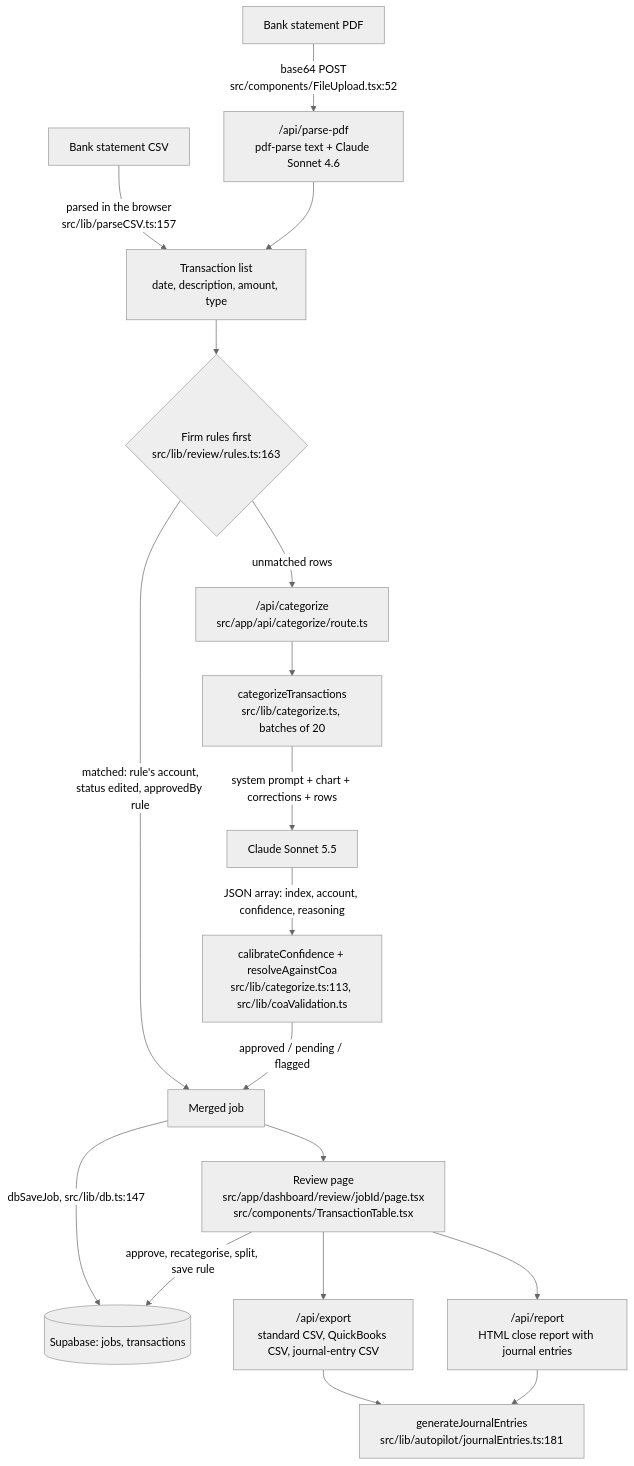
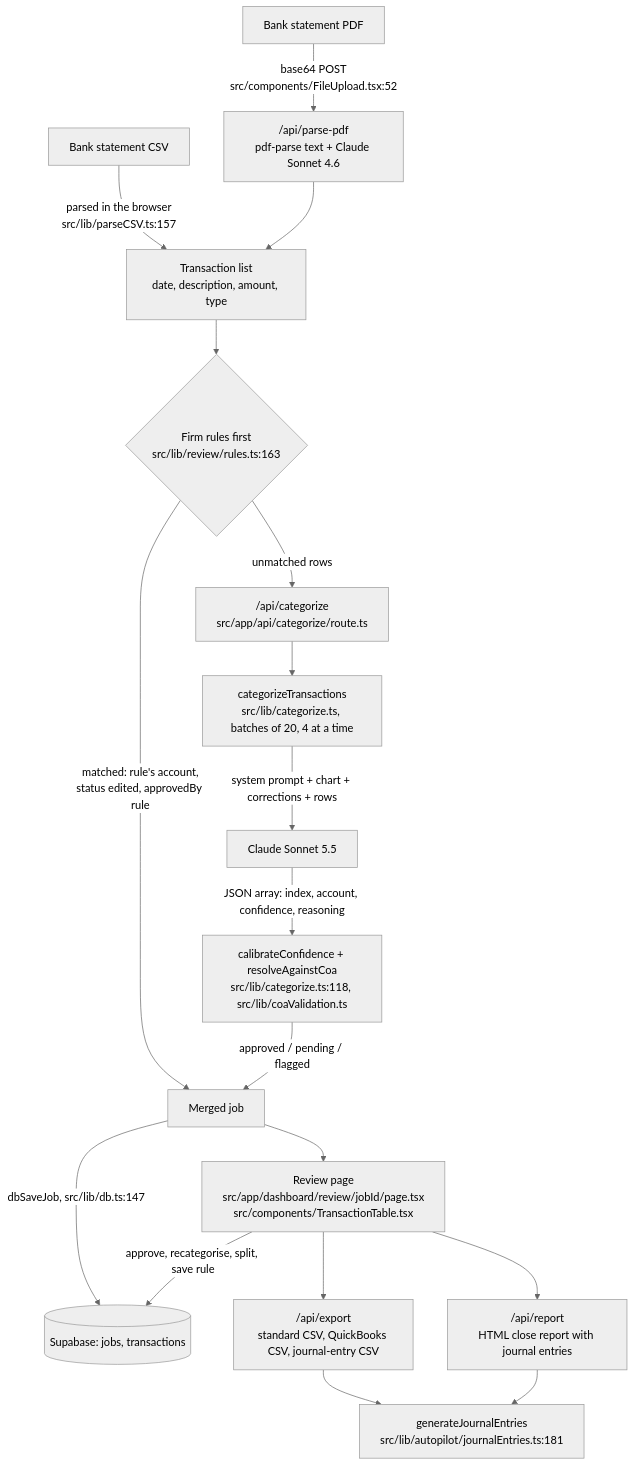
One commit to dudailia/closebooks-app changed the diagram in docs/architecture.md. Above: the diagram before and after it, drawn with Mermaid (neutral theme). The commit also changed other lines of this file and 4 other files, not shown here.

Commit message:
docs: RLS audit status after fixes; architecture, facts, README and session log updated

````diff
--- a/docs/architecture.md
+++ b/docs/architecture.md
@@ -17,20 +20,20 @@
 ```mermaid
 flowchart TD
   A[Bank statement CSV] -->|parsed in the browser<br/>src/lib/parseCSV.ts:157| C[Transaction list<br/>date, description, amount, type]
   B[Bank statement PDF] -->|base64 POST<br/>src/components/FileUpload.tsx:52| P["/api/parse-pdf<br/>pdf-parse text + Claude Sonnet 4.6"]
   P --> C
   C --> R{Firm rules first<br/>src/lib/review/rules.ts:163}
   R -->|matched: rule's account,<br/>status edited, approvedBy rule| M[Merged job]
   R -->|unmatched rows| API["/api/categorize<br/>src/app/api/categorize/route.ts"]
-  API --> E["categorizeTransactions<br/>src/lib/categorize.ts, batches of 20"]
+  API --> E["categorizeTransactions<br/>src/lib/categorize.ts, batches of 20, 4 at a time"]
   E -->|system prompt + chart + corrections + rows| CL[Claude Sonnet 5.5]
-  CL -->|JSON array: index, account, confidence, reasoning| V["calibrateConfidence + resolveAgainstCoa<br/>src/lib/categorize.ts:113, src/lib/coaValidation.ts"]
+  CL -->|JSON array: index, account, confidence, reasoning| V["calibrateConfidence + resolveAgainstCoa<br/>src/lib/categorize.ts:118, src/lib/coaValidation.ts"]
   V -->|approved / pending / flagged| M
   M -->|dbSaveJob, src/lib/db.ts:147| S[(Supabase: jobs, transactions)]
   M --> RV[Review page<br/>src/app/dashboard/review/jobId/page.tsx<br/>src/components/TransactionTable.tsx]
   RV -->|approve, recategorise, split, save rule| S
   RV --> X["/api/export<br/>standard CSV, QuickBooks CSV, journal-entry CSV"]
   X --> JE["generateJournalEntries<br/>src/lib/autopilot/journalEntries.ts:181"]
   RV --> REP["/api/report<br/>HTML close report with journal entries"]
   REP --> JE
 ```
````
